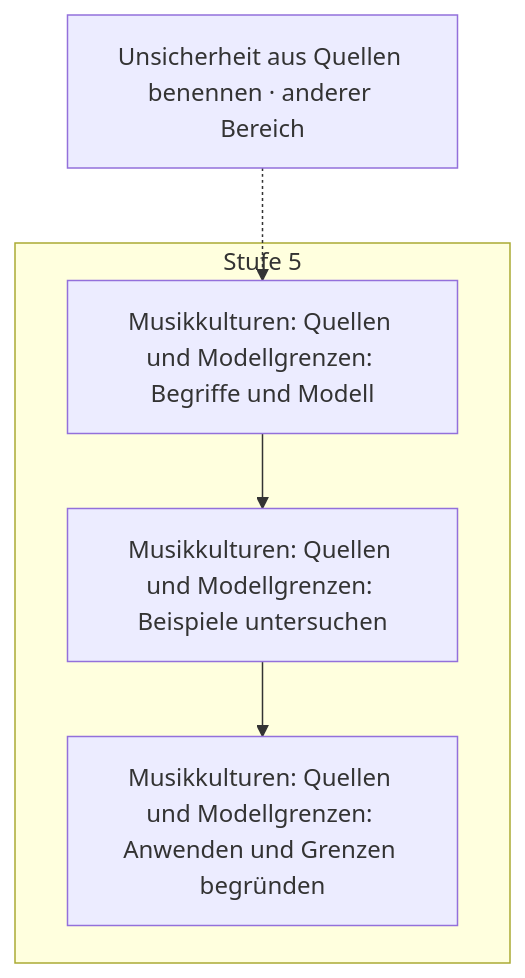
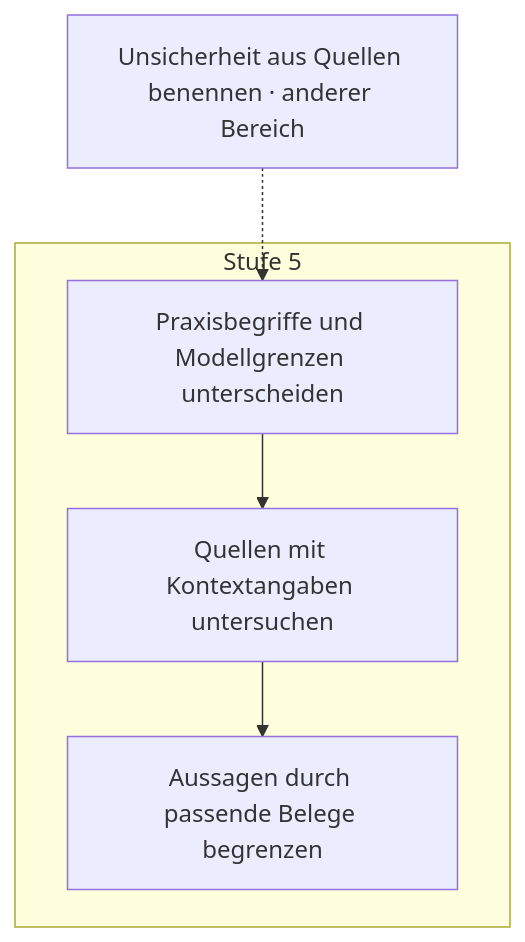
One commit to PhiFa96/harmonia changed diagram 19 of 19 in docs/plan/faehigkeitsgraph-diagramme.md. Above: the diagram before and after it, drawn with Mermaid. The commit also changed other lines of this file and 41 other files, not shown here.

````diff
--- a/docs/plan/faehigkeitsgraph-diagramme.md
+++ b/docs/plan/faehigkeitsgraph-diagramme.md
@@ -1250,12 +1250,12 @@
 ```mermaid
 flowchart TD
   subgraph level5["Stufe 5"]
-    s196["Musikkulturen: Quellen und Modellgrenzen: Begriffe und Modell"]
-    s197["Musikkulturen: Quellen und Modellgrenzen: Beispiele untersuchen"]
-    s198["Musikkulturen: Quellen und Modellgrenzen: Anwenden und Grenzen begründen"]
+    s196["Praxisbegriffe und Modellgrenzen unterscheiden"]
+    s197["Quellen mit Kontextangaben untersuchen"]
+    s198["Aussagen durch passende Belege begrenzen"]
   end
   s164["Unsicherheit aus Quellen benennen · anderer Bereich"]
   s164 -.-> s196
   s196 --> s197
   s197 --> s198
 ```
````
